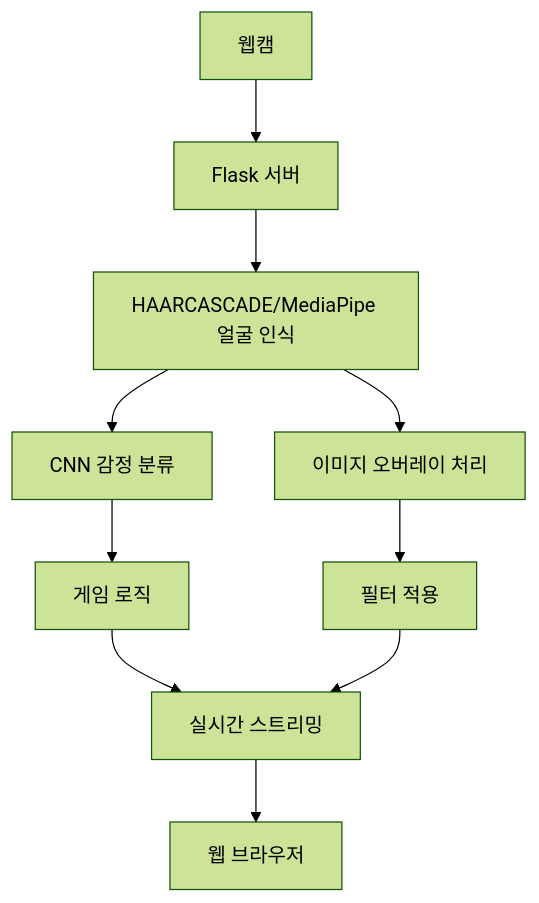
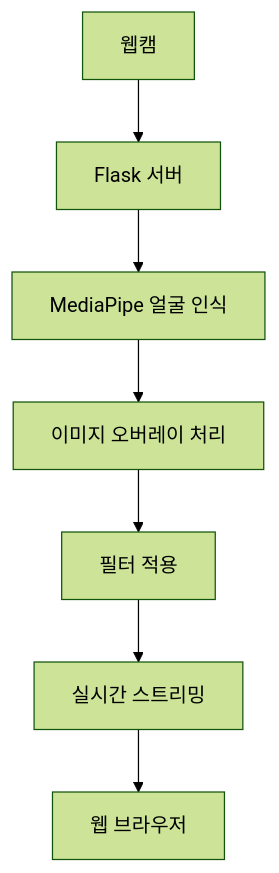
Before and after one commit to DONALDSUK/face_character_emoji: the diagram in README.md, drawn with Mermaid (forest theme). The commit also changed other lines of this file and 3 other files, not shown here.

````diff
--- a/README.md
+++ b/README.md
@@ -61,12 +38,9 @@
 ```mermaid
 graph TD
     A[웹캠] --> B[Flask 서버]
-    B --> C1[HAARCASCADE/MediaPipe 얼굴 인식]
-    C1 --> D1[CNN 감정 분류]
-    C1 --> D2[이미지 오버레이 처리]
-    D1 --> E1[게임 로직]
-    D2 --> E2[필터 적용]
-    E1 --> F[실시간 스트리밍]
-    E2 --> F
+    B --> C[MediaPipe 얼굴 인식]
+    C --> D[이미지 오버레이 처리]
+    D --> E[필터 적용]
+    E --> F[실시간 스트리밍]
     F --> G[웹 브라우저]
 ```
````
